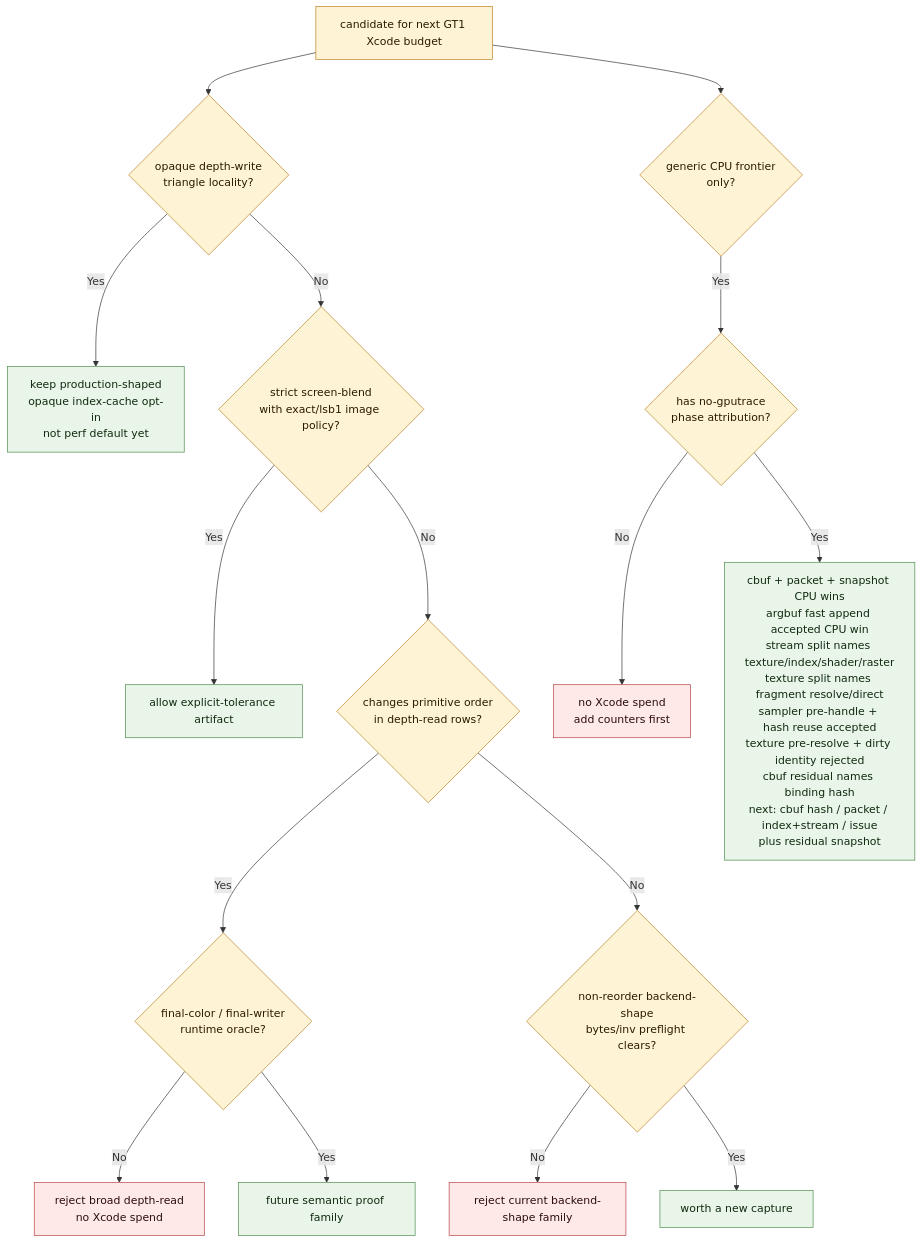
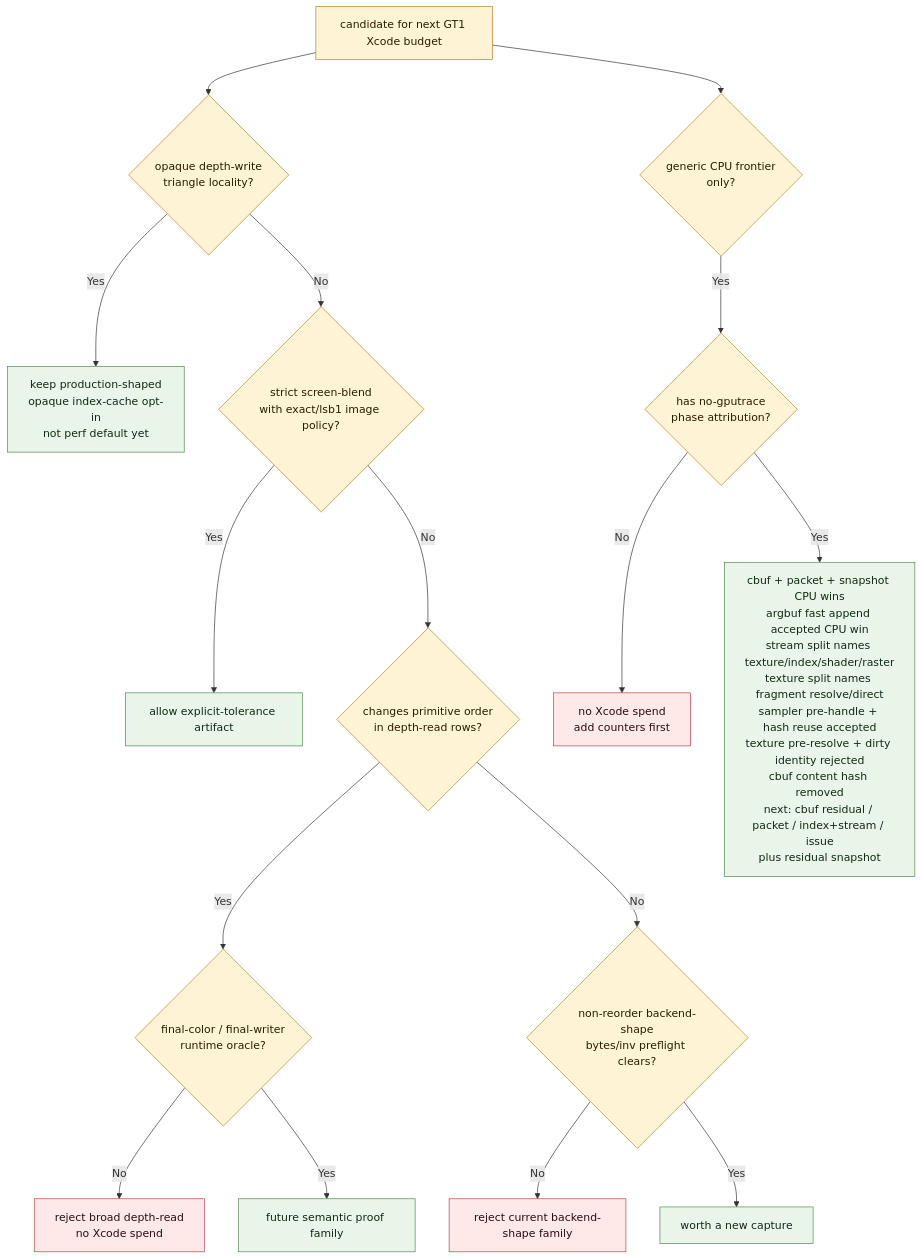
The third of 3 diagrams in docs/perfomance/overview-3dmark05-gt1.md (dfdgsdfg/dxmt9), drawn with Mermaid before and after one commit. The commit also changed other lines of this file and 6 other files, not shown here.

Commit message:
perf: remove default cbuf content hashing

````diff
--- a/docs/perfomance/overview-3dmark05-gt1.md
+++ b/docs/perfomance/overview-3dmark05-gt1.md
@@ -148,26 +148,26 @@
 ```mermaid
 flowchart TD
   Start["candidate for next GT1 Xcode budget"] --> Opaque{"opaque depth-write\ntriangle locality?"}
   Opaque -- "Yes" --> Keep["keep production-shaped\nopaque index-cache opt-in\nnot perf default yet"]
   Opaque -- "No" --> Screen{"strict screen-blend\nwith exact/lsb1 image policy?"}
   Screen -- "Yes" --> Explicit["allow explicit-tolerance artifact"]
   Screen -- "No" --> Broad{"changes primitive order\nin depth-read rows?"}
   Broad -- "Yes" --> Oracle{"final-color / final-writer\nruntime oracle?"}
   Oracle -- "No" --> RejectBroad["reject broad depth-read\nno Xcode spend"]
   Oracle -- "Yes" --> FutureOracle["future semantic proof family"]
   Broad -- "No" --> Backend{"non-reorder backend-shape\nbytes/inv preflight clears?"}
   Backend -- "No" --> RejectBackend["reject current backend-shape family"]
   Backend -- "Yes" --> Spend["worth a new capture"]
   Start --> Cpu{"generic CPU frontier\nonly?"}
   Cpu -- "Yes" --> CpuProbe{"has no-gputrace\nphase attribution?"}
   CpuProbe -- "No" --> CpuReject["no Xcode spend\nadd counters first"]
-  CpuProbe -- "Yes" --> CpuNarrow["cbuf + packet + snapshot CPU wins\nargbuf fast append accepted CPU win\nstream split names texture/index/shader/raster\ntexture split names fragment resolve/direct\nsampler pre-handle + hash reuse accepted\ntexture pre-resolve + dirty identity rejected\ncbuf residual names binding hash\nnext: cbuf hash / packet / index+stream / issue\nplus residual snapshot"]
+  CpuProbe -- "Yes" --> CpuNarrow["cbuf + packet + snapshot CPU wins\nargbuf fast append accepted CPU win\nstream split names texture/index/shader/raster\ntexture split names fragment resolve/direct\nsampler pre-handle + hash reuse accepted\ntexture pre-resolve + dirty identity rejected\ncbuf content hash removed\nnext: cbuf residual / packet / index+stream / issue\nplus residual snapshot"]
 
   classDef good fill:#e8f5e8,stroke:#4d8b4d,color:#102a10
   classDef warn fill:#fff3d6,stroke:#b98222,color:#2a1b00
   classDef bad fill:#ffe8e8,stroke:#b64242,color:#2b0d0d
   class Keep,Explicit,FutureOracle,Spend good
   class Start,Opaque,Screen,Broad,Oracle,Backend,Cpu,CpuProbe warn
   class CpuNarrow good
   class RejectBroad,RejectBackend,CpuReject bad
 ```
````
